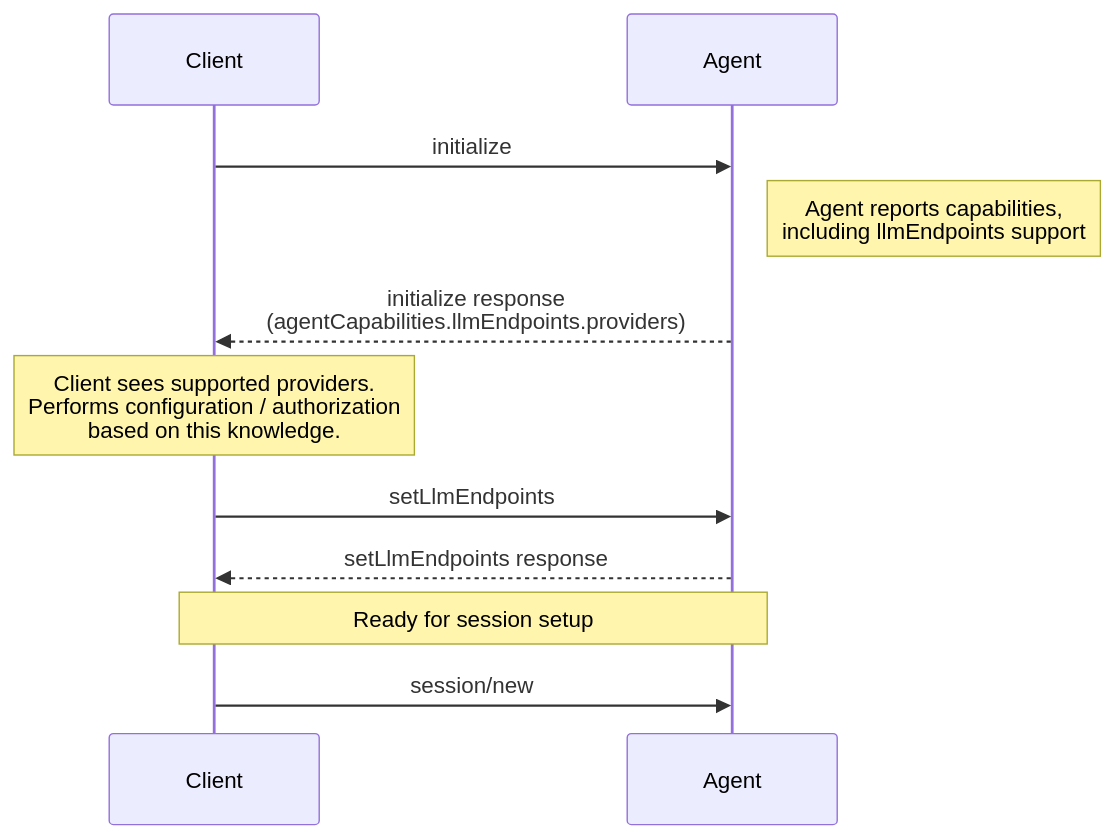
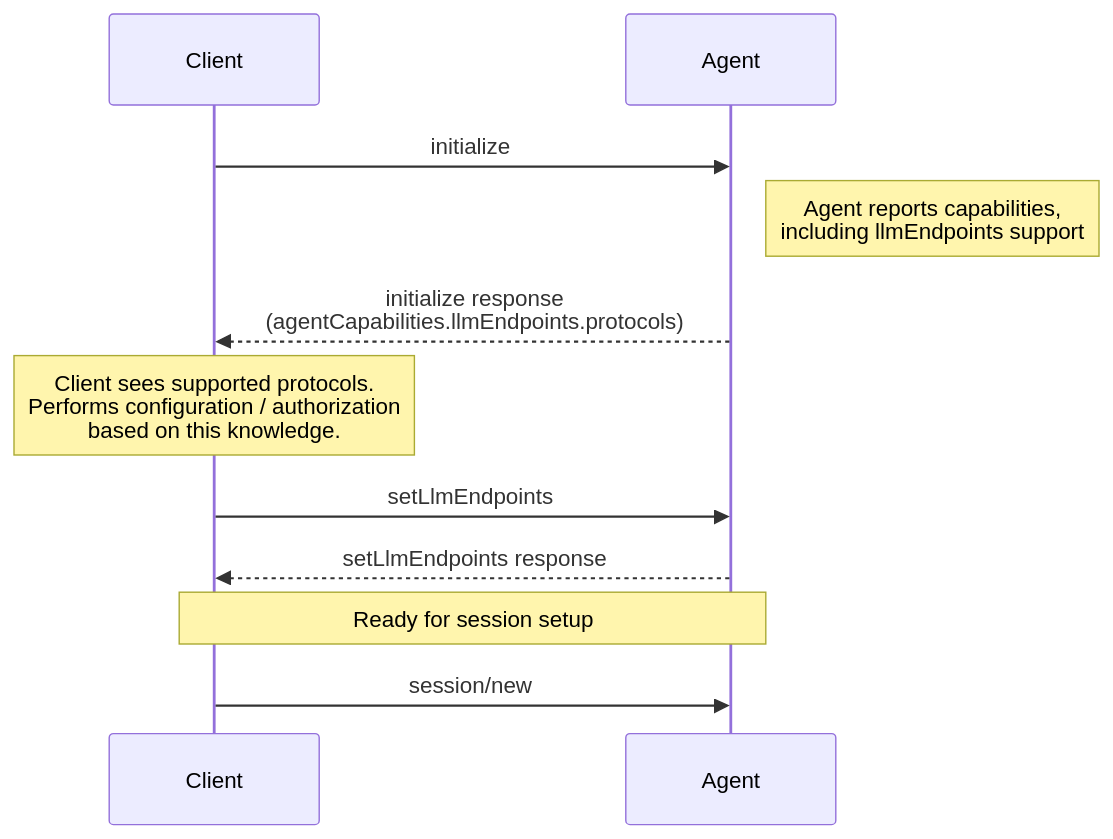
Before and after one commit to agentclientprotocol/agent-client-protocol: the diagram in docs/rfds/custom-llm-endpoint.mdx, drawn with Mermaid. The commit also changed other lines of this file, not shown here.

Commit message:
docs: rename llm provider to llm protocol in custom LLM endpoint RFD

````diff
--- a/docs/rfds/custom-llm-endpoint.mdx
+++ b/docs/rfds/custom-llm-endpoint.mdx
@@ -44,17 +44,17 @@
 ```mermaid
 sequenceDiagram
     participant Client
     participant Agent
 
     Client->>Agent: initialize
     Note right of Agent: Agent reports capabilities,<br/>including llmEndpoints support
-    Agent-->>Client: initialize response<br/>(agentCapabilities.llmEndpoints.providers)
+    Agent-->>Client: initialize response<br/>(agentCapabilities.llmEndpoints.protocols)
 
-    Note over Client: Client sees supported providers.<br/>Performs configuration / authorization<br/>based on this knowledge.
+    Note over Client: Client sees supported protocols.<br/>Performs configuration / authorization<br/>based on this knowledge.
 
     Client->>Agent: setLlmEndpoints
     Agent-->>Client: setLlmEndpoints response
 
     Note over Client,Agent: Ready for session setup
     Client->>Agent: session/new
 ```
````
